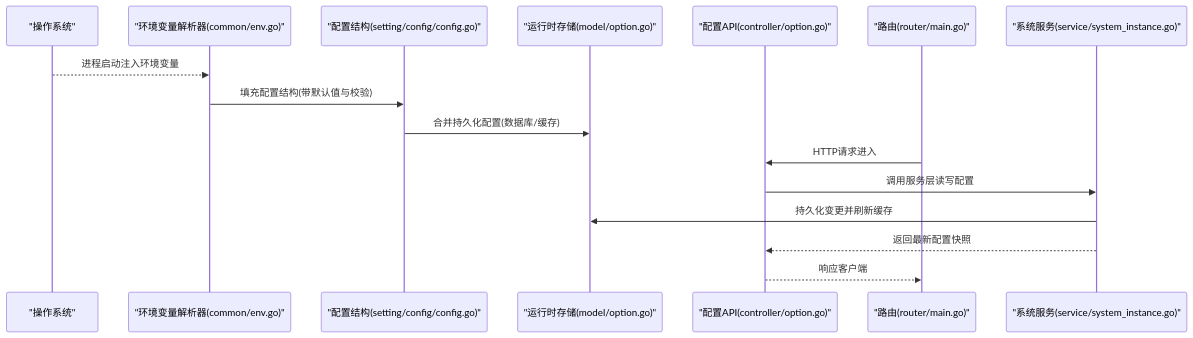
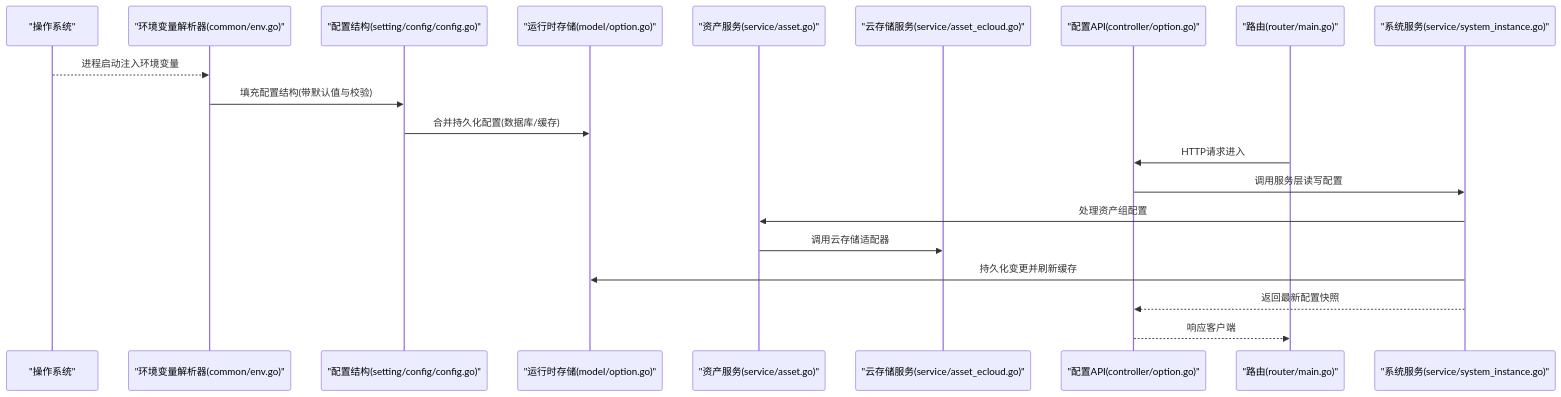
The second of 4 diagrams in .qoder/repowiki/zh/content/配置管理/配置管理.md (zhaodechao2008/new-api), drawn with Mermaid before and after one commit. The commit also changed other lines of this file and 274 other files, not shown here.

````diff
--- a/.qoder/repowiki/zh/content/配置管理/配置管理.md
+++ b/.qoder/repowiki/zh/content/配置管理/配置管理.md
@@ -99,18 +124,22 @@
 ```mermaid
 sequenceDiagram
 participant OS as "操作系统"
 participant Env as "环境变量解析器(common/env.go)"
 participant Conf as "配置结构(setting/config/config.go)"
 participant Store as "运行时存储(model/option.go)"
+participant Asset as "资产服务(service/asset.go)"
+participant Cloud as "云存储服务(service/asset_ecloud.go)"
 participant API as "配置API(controller/option.go)"
 participant Router as "路由(router/main.go)"
 participant Svc as "系统服务(service/system_instance.go)"
 OS-->>Env : 进程启动注入环境变量
 Env->>Conf : 填充配置结构(带默认值与校验)
 Conf->>Store : 合并持久化配置(数据库/缓存)
 Router->>API : HTTP请求进入
 API->>Svc : 调用服务层读写配置
+Svc->>Asset : 处理资产组配置
+Asset->>Cloud : 调用云存储适配器
 Svc->>Store : 持久化变更并刷新缓存
 Svc-->>API : 返回最新配置快照
 API-->>Router : 响应客户端
 ```
````
